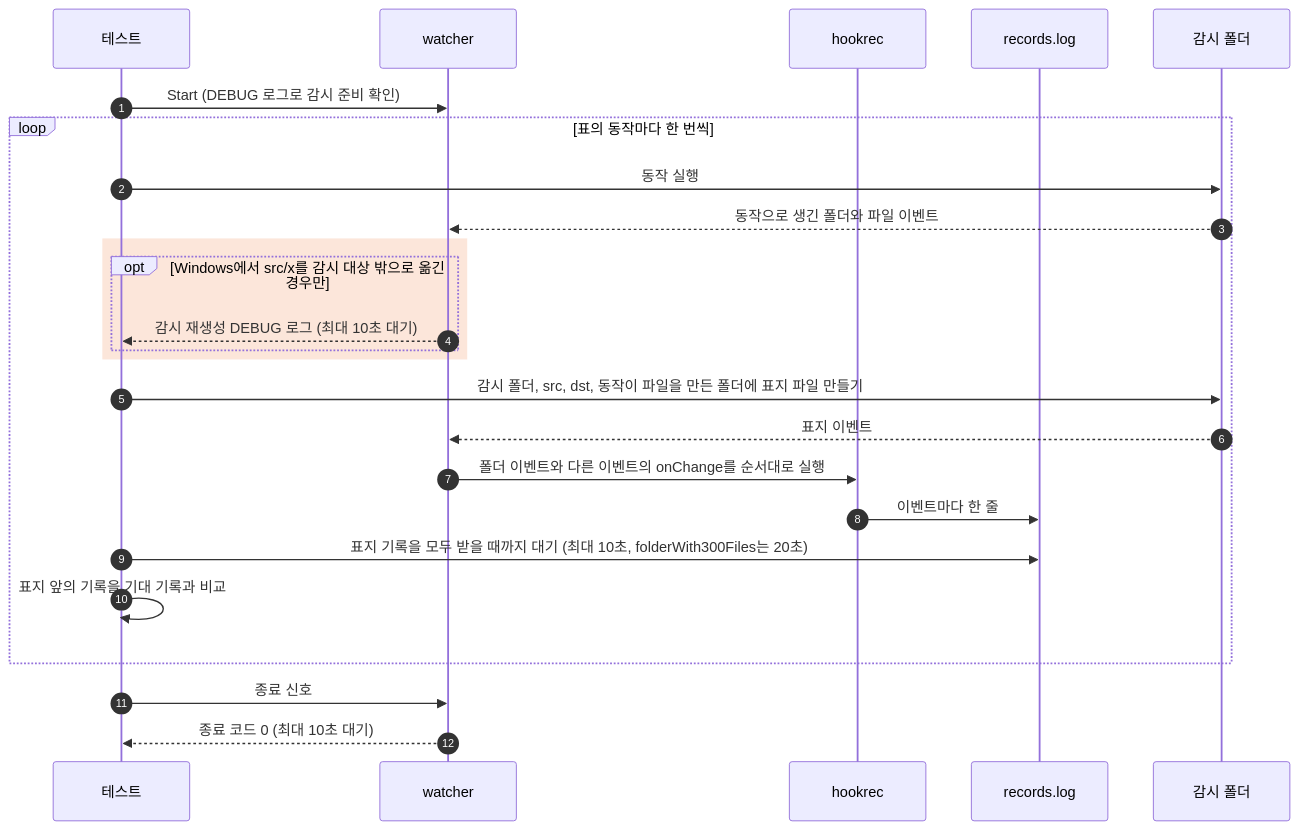
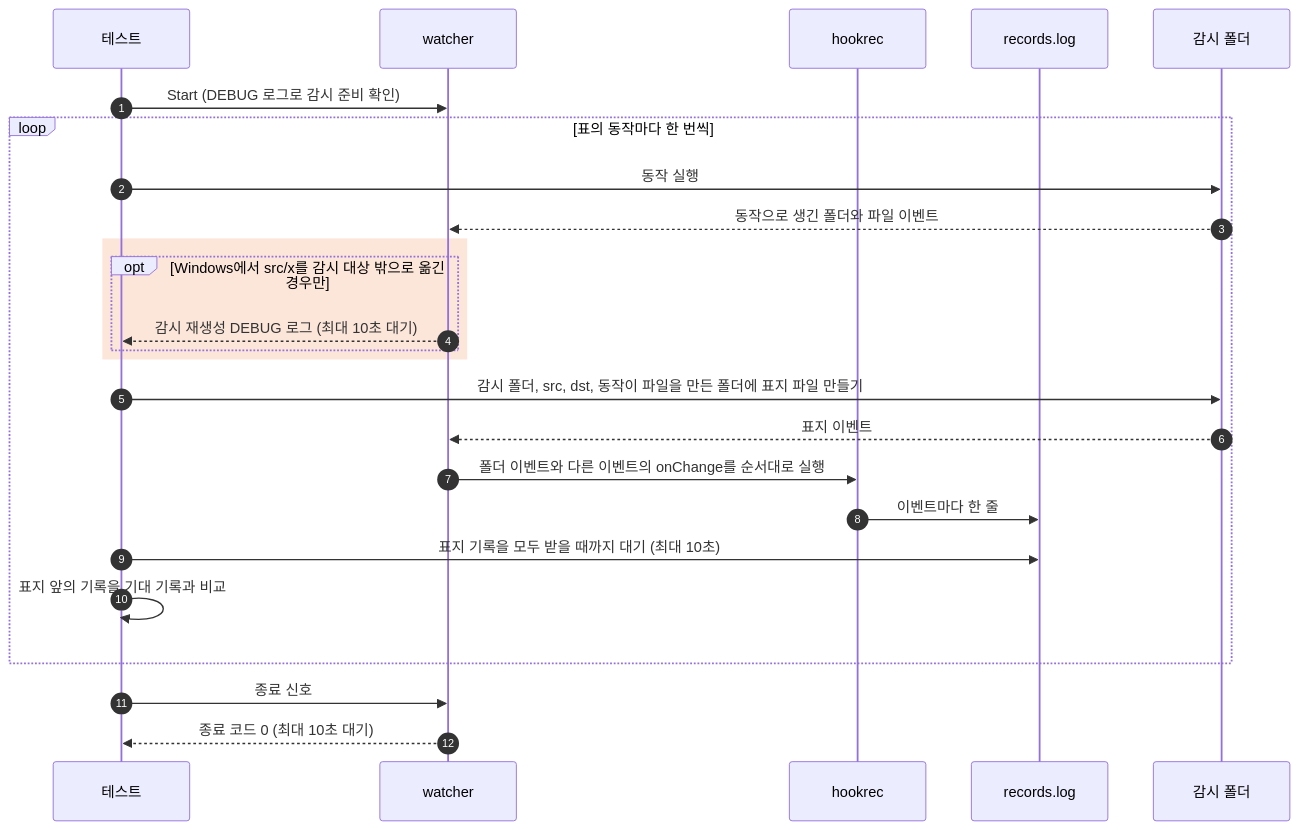
One commit to seungyeop-lee/directory-watcher changed the diagram in e2e/docs/scenarios/folder-events.ko.md. Above: the diagram before and after it, drawn with Mermaid. The commit also changed other lines of this file and 8 other files, not shown here.

````diff
--- a/e2e/docs/scenarios/folder-events.ko.md
+++ b/e2e/docs/scenarios/folder-events.ko.md
@@ -64,27 +55,27 @@
 ```mermaid
 sequenceDiagram
     autonumber
     participant testCode as 테스트
     participant watcherProc as watcher
     participant hookRec as hookrec
     participant recordFile as records.log
     participant watchDir as 감시 폴더
     testCode->>watcherProc: Start (DEBUG 로그로 감시 준비 확인)
     loop 표의 동작마다 한 번씩
         testCode->>watchDir: 동작 실행
         watchDir-->>watcherProc: 동작으로 생긴 폴더와 파일 이벤트
         rect rgba(234, 88, 12, 0.15)
             opt Windows에서 src/x를 감시 대상 밖으로 옮긴 경우만
                 watcherProc-->>testCode: 감시 재생성 DEBUG 로그 (최대 10초 대기)
             end
         end
         testCode->>watchDir: 감시 폴더, src, dst, 동작이 파일을 만든 폴더에 표지 파일 만들기
         watchDir-->>watcherProc: 표지 이벤트
         watcherProc->>hookRec: 폴더 이벤트와 다른 이벤트의 onChange를 순서대로 실행
         hookRec->>recordFile: 이벤트마다 한 줄
-        testCode->>recordFile: 표지 기록을 모두 받을 때까지 대기 (최대 10초, folderWith300Files는 20초)
+        testCode->>recordFile: 표지 기록을 모두 받을 때까지 대기 (최대 10초)
         testCode->>testCode: 표지 앞의 기록을 기대 기록과 비교
     end
     testCode->>watcherProc: 종료 신호
     watcherProc-->>testCode: 종료 코드 0 (최대 10초 대기)
 ```
````
